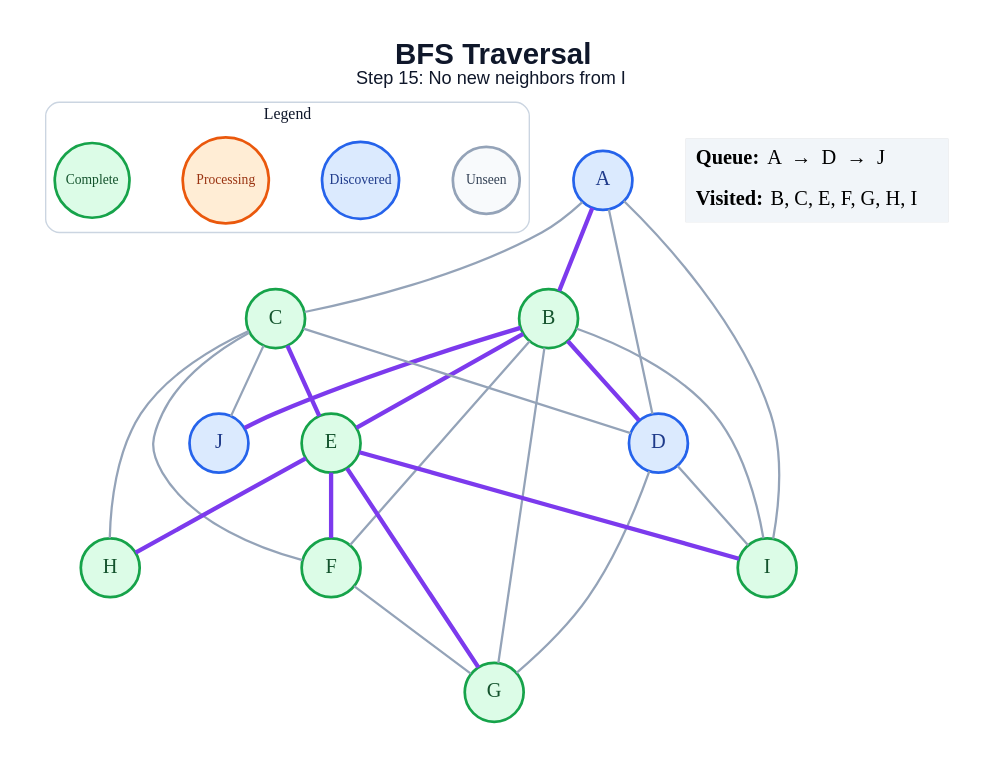
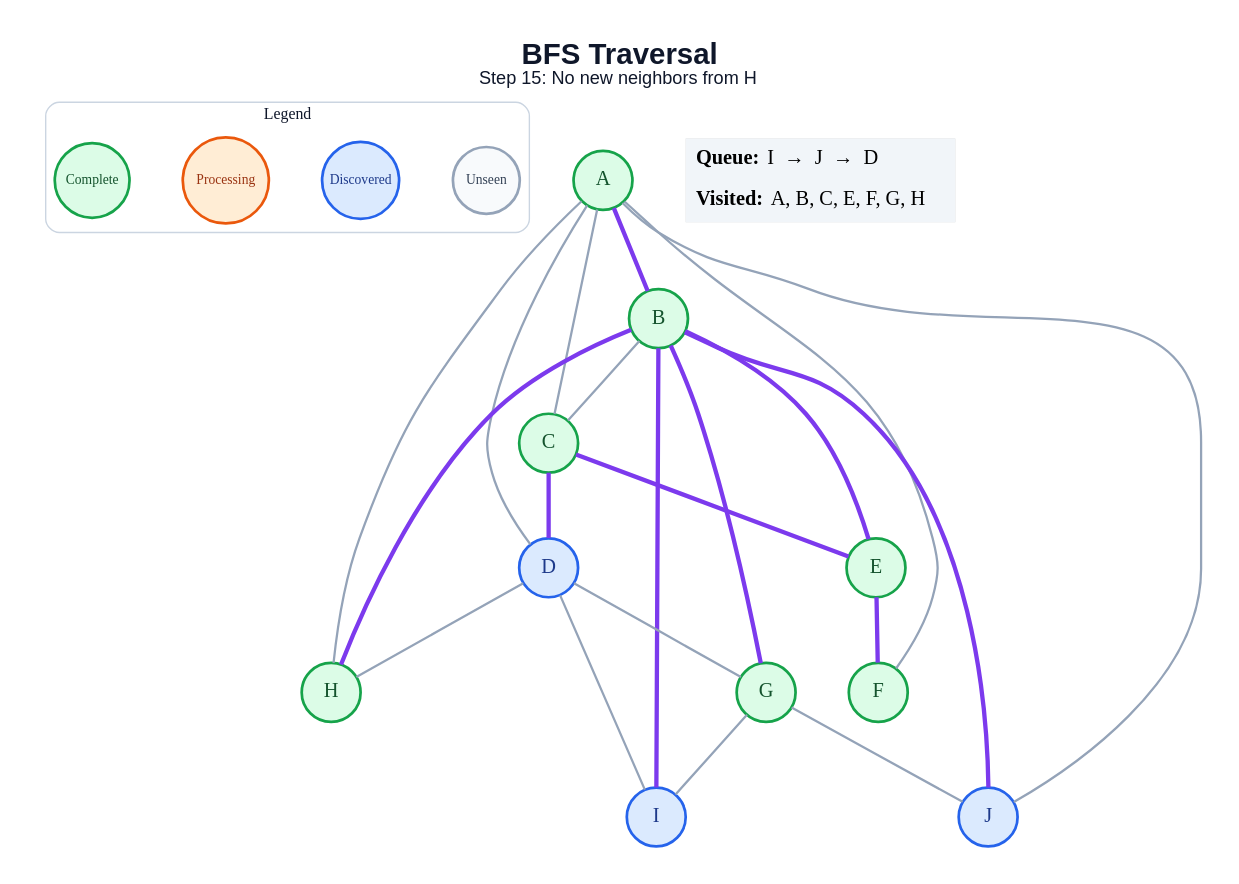
Before and after one commit to amanghodawala9/ai-slop: the diagram in generated/specific-node/bfs/step_15.dot, drawn with Graphviz. The commit also changed 178 other files, not shown here.

```diff
--- a/generated/specific-node/bfs/step_15.dot
+++ b/generated/specific-node/bfs/step_15.dot
@@ -1,51 +1,49 @@
 graph traversal {
   graph [layout=dot, rankdir=TB, bgcolor="#FFFFFF", pad="0.35", nodesep="0.65", ranksep="0.8", fontname="Arial"];
   node [shape=circle, style="filled", fontname="Arial Bold", fontsize=18, width=0.72, fixedsize=true, penwidth=2.4];
   edge [color="#94A3B8", penwidth=2.0];
-  label=<<B>BFS Traversal</B><BR/><FONT POINT-SIZE="16">Step 15: No new neighbors from I</FONT>>; labelloc="t"; fontsize=26; fontname="Arial"; fontcolor="#0F172A";
+  label=<<B>BFS Traversal</B><BR/><FONT POINT-SIZE="16">Step 15: No new neighbors from H</FONT>>; labelloc="t"; fontsize=26; fontname="Arial"; fontcolor="#0F172A";
   subgraph cluster_legend { label="Legend"; color="#CBD5E1"; penwidth=1.2; style="rounded"; fontsize=14; fontname="Arial Bold";
     key_unseen [label="Unseen", fillcolor="#F8FAFC", color="#94A3B8", fontcolor="#334155", fontsize=12, width=0.82];
     key_frontier [label="Discovered", fillcolor="#DBEAFE", color="#2563EB", fontcolor="#1E3A8A", fontsize=12, width=0.95];
     key_current [label="Processing", fillcolor="#FFEDD5", color="#EA580C", fontcolor="#9A3412", fontsize=12, width=1.05];
     key_done [label="Complete", fillcolor="#DCFCE7", color="#16A34A", fontcolor="#14532D", fontsize=12, width=0.92];
     { rank=same; key_unseen; key_frontier; key_current; key_done; }
   }
-  A [fillcolor="#DBEAFE", color="#2563EB", fontcolor="#1E3A8A"];
+  A [fillcolor="#DCFCE7", color="#16A34A", fontcolor="#14532D"];
   B [fillcolor="#DCFCE7", color="#16A34A", fontcolor="#14532D"];
   C [fillcolor="#DCFCE7", color="#16A34A", fontcolor="#14532D"];
   D [fillcolor="#DBEAFE", color="#2563EB", fontcolor="#1E3A8A"];
   E [fillcolor="#DCFCE7", color="#16A34A", fontcolor="#14532D"];
   F [fillcolor="#DCFCE7", color="#16A34A", fontcolor="#14532D"];
   G [fillcolor="#DCFCE7", color="#16A34A", fontcolor="#14532D"];
   H [fillcolor="#DCFCE7", color="#16A34A", fontcolor="#14532D"];
-  I [fillcolor="#DCFCE7", color="#16A34A", fontcolor="#14532D"];
+  I [fillcolor="#DBEAFE", color="#2563EB", fontcolor="#1E3A8A"];
   J [fillcolor="#DBEAFE", color="#2563EB", fontcolor="#1E3A8A"];
   A -- B [color="#7C3AED", penwidth=3.8];
   A -- C;
   A -- D;
-  A -- I;
-  B -- D [color="#7C3AED", penwidth=3.8];
+  A -- F;
+  A -- H;
+  A -- J;
+  B -- C;
   B -- E [color="#7C3AED", penwidth=3.8];
-  B -- F;
-  B -- G;
-  B -- I;
+  B -- G [color="#7C3AED", penwidth=3.8];
+  B -- H [color="#7C3AED", penwidth=3.8];
+  B -- I [color="#7C3AED", penwidth=3.8];
   B -- J [color="#7C3AED", penwidth=3.8];
-  C -- D;
+  C -- D [color="#7C3AED", penwidth=3.8];
   C -- E [color="#7C3AED", penwidth=3.8];
-  C -- F;
-  C -- H;
-  C -- J;
   D -- G;
+  D -- H;
   D -- I;
   E -- F [color="#7C3AED", penwidth=3.8];
-  E -- G [color="#7C3AED", penwidth=3.8];
-  E -- H [color="#7C3AED", penwidth=3.8];
-  E -- I [color="#7C3AED", penwidth=3.8];
-  F -- G;
+  G -- I;
+  G -- J;
   status [shape=plain, fixedsize=false, width=0, height=0, margin=0, label=<
     <TABLE BORDER="0" CELLBORDER="0" CELLPADDING="7" BGCOLOR="#F1F5F9">
-      <TR><TD ALIGN="LEFT"><B>Queue:</B> A  →  D  →  J</TD></TR>
-      <TR><TD ALIGN="LEFT"><B>Visited:</B> B, C, E, F, G, H, I</TD></TR>
+      <TR><TD ALIGN="LEFT"><B>Queue:</B> I  →  J  →  D</TD></TR>
+      <TR><TD ALIGN="LEFT"><B>Visited:</B> A, B, C, E, F, G, H</TD></TR>
     </TABLE>
   >];
 }
```
